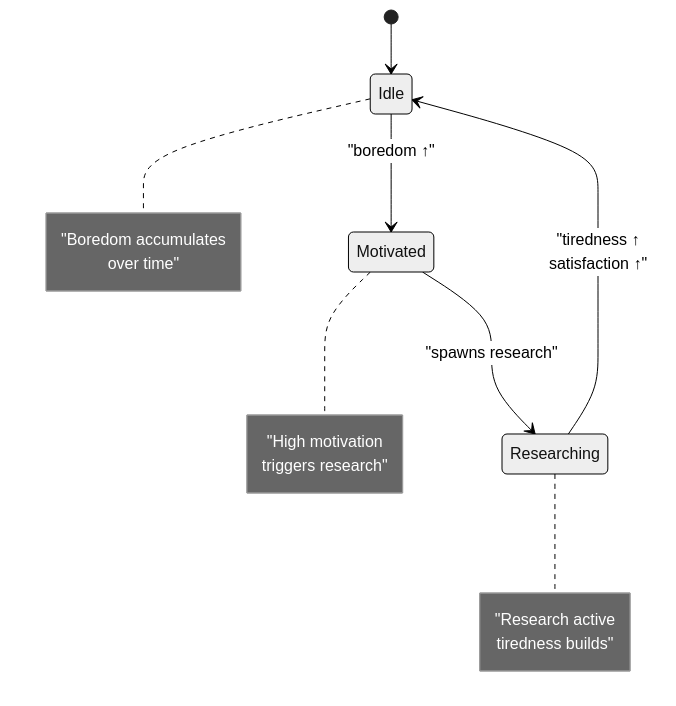
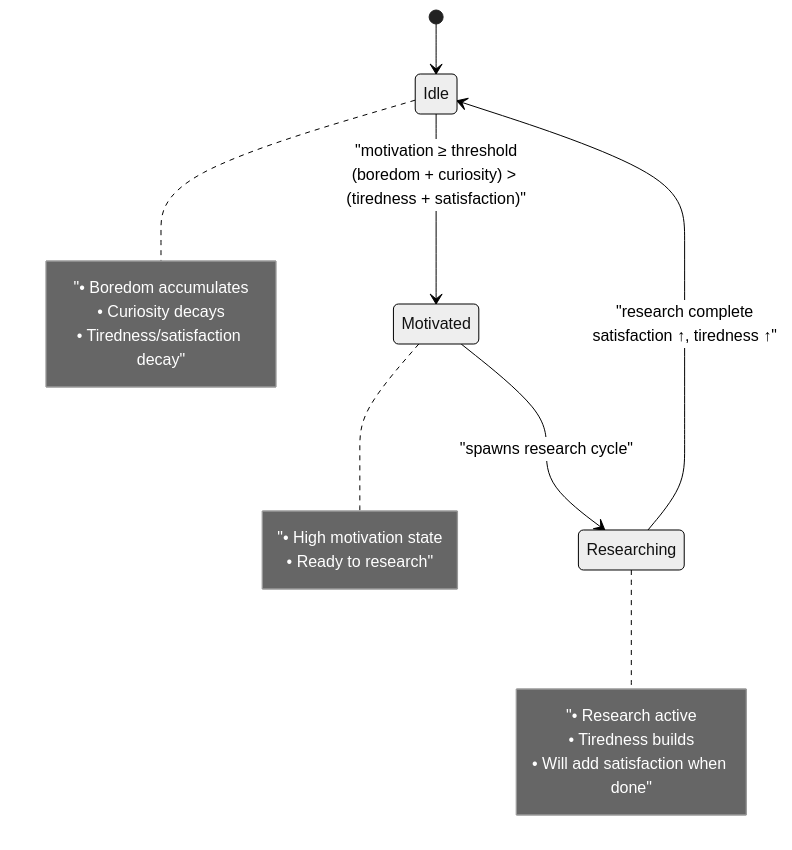
The first of 2 diagrams in docs/research_engine.md (glicerico/researcher-prototype), drawn with Mermaid (neutral theme) before and after one commit. The commit also changed other lines of this file, not shown here.

Commit message:
Improve explanation of research engine

````diff
--- a/docs/research_engine.md
+++ b/docs/research_engine.md
@@ -21,11 +43,11 @@
 ```mermaid
 stateDiagram-v2
     [*] --> Idle
-    Idle --> Motivated : "boredom ↑"
-    Motivated --> Researching : "spawns research"
-    Researching --> Idle : "tiredness ↑<br/>satisfaction ↑"
+    Idle --> Motivated : "motivation ≥ threshold<br/>(boredom + curiosity) > (tiredness + satisfaction)"
+    Motivated --> Researching : "spawns research cycle"
+    Researching --> Idle : "research complete<br/>satisfaction ↑, tiredness ↑"
     
-    note right of Idle : "Boredom accumulates<br/>over time"
-    note right of Motivated : "High motivation<br/>triggers research"
-    note right of Researching : "Research active<br/>tiredness builds"
+    note right of Idle : "• Boredom accumulates<br/>• Curiosity decays<br/>• Tiredness/satisfaction decay"
+    note right of Motivated : "• High motivation state<br/>• Ready to research"
+    note right of Researching : "• Research active<br/>• Tiredness builds<br/>• Will add satisfaction when done"
 ```
````
